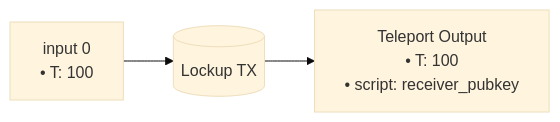
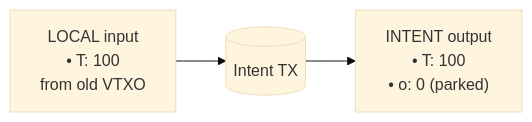
One commit to ArkLabsHQ/arkade-assets changed the eighth of 12 diagrams in examples.md. Above: the diagram before and after it, drawn with Mermaid (base theme). The commit also changed other lines of this file and 4 other files, not shown here.

````diff
--- a/examples.md
+++ b/examples.md
@@ -410,7 +410,6 @@
 ```mermaid
 flowchart LR
-  LockupTX[(Lockup TX)]
-  i0["input 0<br/>• T: 100"] --> LockupTX
-  LockupTX --> o_teleport["Teleport Output<br/>• T: 100<br/>• script: receiver_pubkey"]
-
+  IntentTX[(Intent TX)]
+  i0["LOCAL input<br/>• T: 100<br/>from old VTXO"] --> IntentTX
+  IntentTX --> o_intent["INTENT output<br/>• T: 100<br/>• o: 0 (parked)"]
 ```
````
